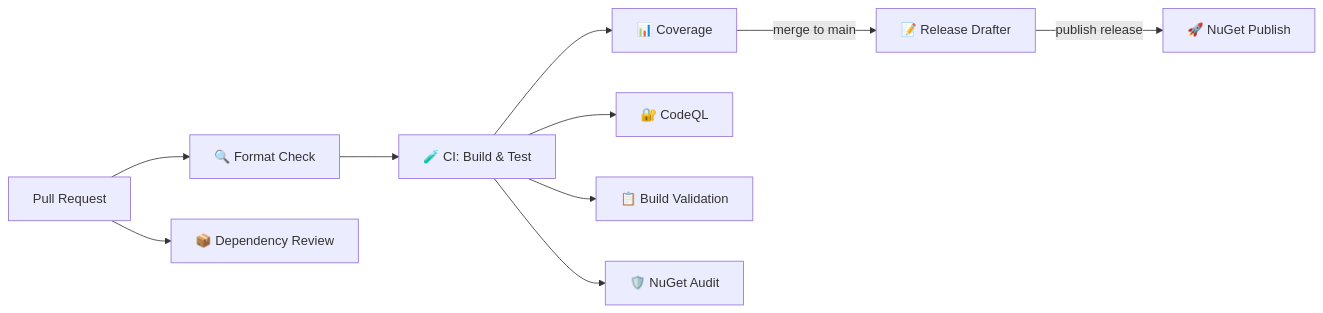
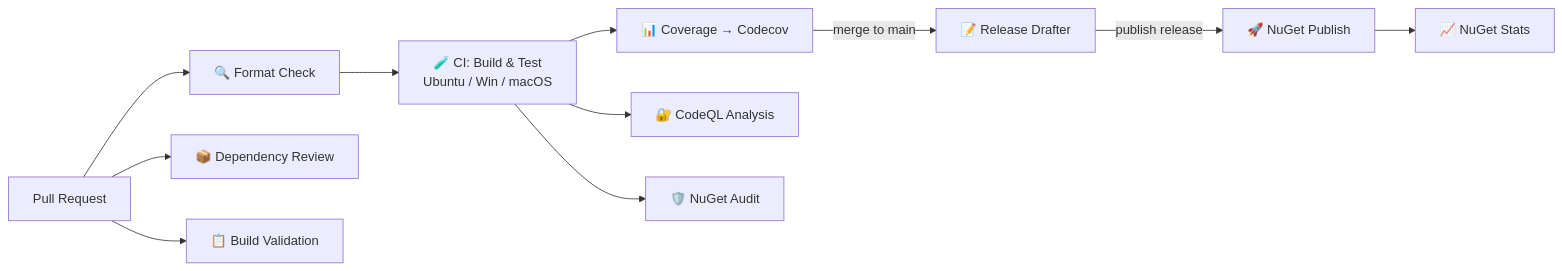
One commit to Masrik-Dahir/aws-util-csharp changed the fourth of 4 diagrams in README.md. Above: the diagram before and after it, drawn with Mermaid. The commit also changed other lines of this file and 4 other files, not shown here.

````diff
--- a/README.md
+++ b/README.md
@@ -350,12 +533,13 @@
 ```mermaid
 flowchart LR
     PR[Pull Request] --> Format[🔍 Format Check]
     PR --> Deps[📦 Dependency Review]
-    Format --> CI[🧪 CI: Build & Test]
-    CI --> Coverage[📊 Coverage]
-    CI --> CodeQL[🔐 CodeQL]
-    CI --> Build[📋 Build Validation]
+    PR --> Build[📋 Build Validation]
+    Format --> CI[🧪 CI: Build & Test\nUbuntu / Win / macOS]
+    CI --> Coverage[📊 Coverage → Codecov]
+    CI --> CodeQL[🔐 CodeQL Analysis]
     CI --> Audit[🛡️ NuGet Audit]
     Coverage --> |merge to main| Draft[📝 Release Drafter]
     Draft --> |publish release| Publish[🚀 NuGet Publish]
+    Publish --> Stats[📈 NuGet Stats]
 ```
````
